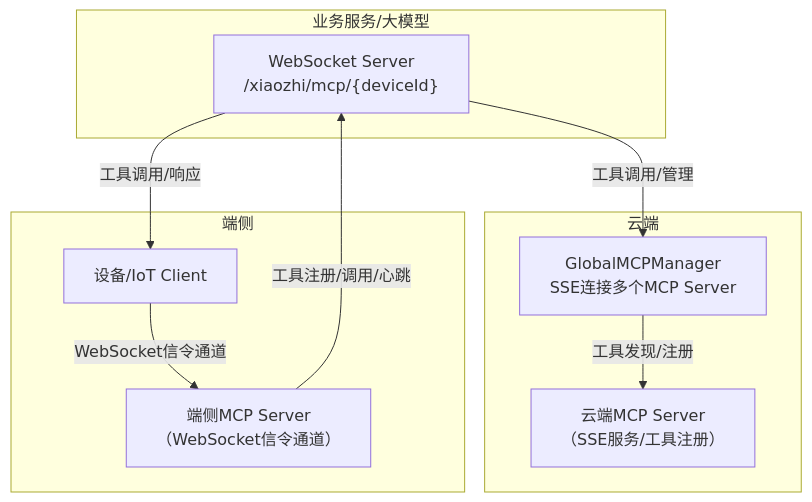
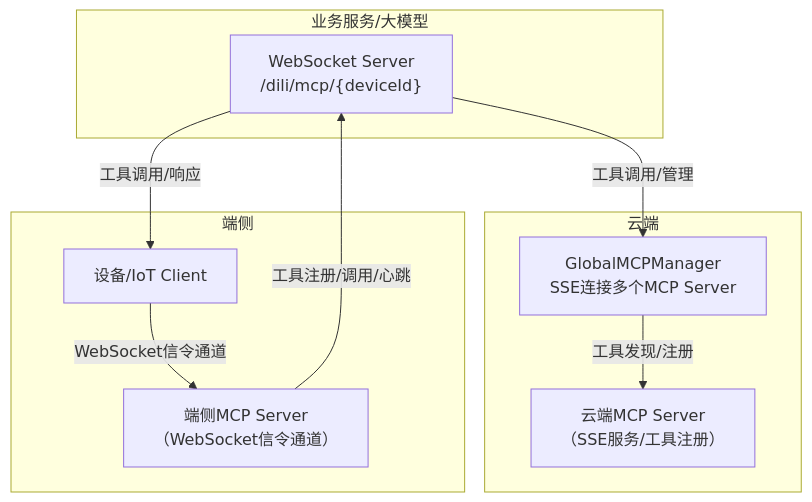
Before and after one commit to artaime/dilidili: the diagram in doc/mcp.md, drawn with Mermaid. The commit also changed other lines of this file and 325 other files, not shown here.

````diff
--- a/doc/mcp.md
+++ b/doc/mcp.md
@@ -23,20 +23,20 @@
 ```mermaid
 flowchart TD
     subgraph 云端
         A["GlobalMCPManager\nSSE连接多个MCP Server"]
         B["云端MCP Server\n（SSE服务/工具注册）"]
     end
     subgraph 业务服务/大模型
-        C["WebSocket Server\n/xiaozhi/mcp/{deviceId}"]
+        C["WebSocket Server\n/dili/mcp/{deviceId}"]
     end
     subgraph 端侧
         D["设备/IoT Client"]
         E["端侧MCP Server\n（WebSocket信令通道）"]
     end
     
     A -- "工具发现/注册" --> B
     C -- "工具调用/管理" --> A
     D -- "WebSocket信令通道" --> E
     E -- "工具注册/调用/心跳" --> C
     C -- "工具调用/响应" --> D
 ```
````
